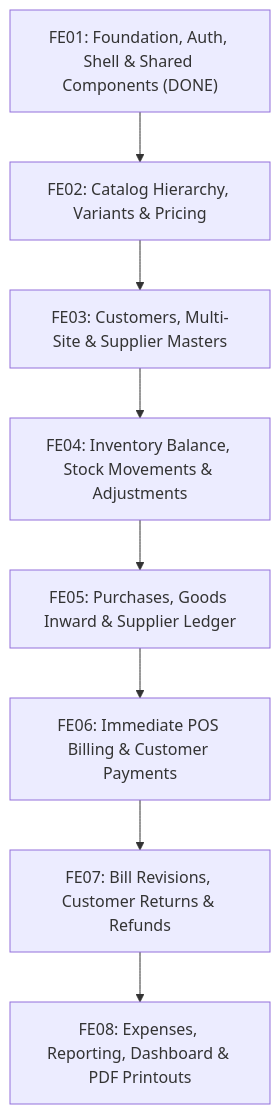
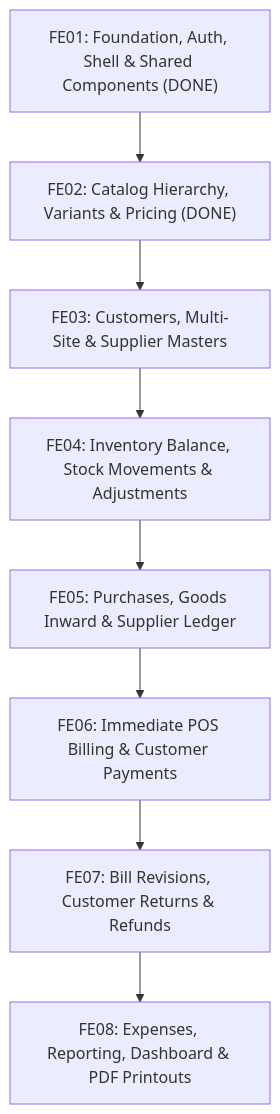
The diagram in README.md (asalkarhh/himmat-enterprises-fe), drawn with Mermaid before and after one commit. The commit also changed other lines of this file and 16 other files, not shown here.

````diff
--- a/README.md
+++ b/README.md
@@ -161,10 +136,10 @@
 ```mermaid
 flowchart TD
-  FE01["FE01: Foundation, Auth, Shell & Shared Components (DONE)"] --> FE02["FE02: Catalog Hierarchy, Variants & Pricing"]
+  FE01["FE01: Foundation, Auth, Shell & Shared Components (DONE)"] --> FE02["FE02: Catalog Hierarchy, Variants & Pricing (DONE)"]
   FE02 --> FE03["FE03: Customers, Multi-Site & Supplier Masters"]
   FE03 --> FE04["FE04: Inventory Balance, Stock Movements & Adjustments"]
   FE04 --> FE05["FE05: Purchases, Goods Inward & Supplier Ledger"]
   FE05 --> FE06["FE06: Immediate POS Billing & Customer Payments"]
   FE06 --> FE07["FE07: Bill Revisions, Customer Returns & Refunds"]
   FE07 --> FE08["FE08: Expenses, Reporting, Dashboard & PDF Printouts"]
 ```
````
